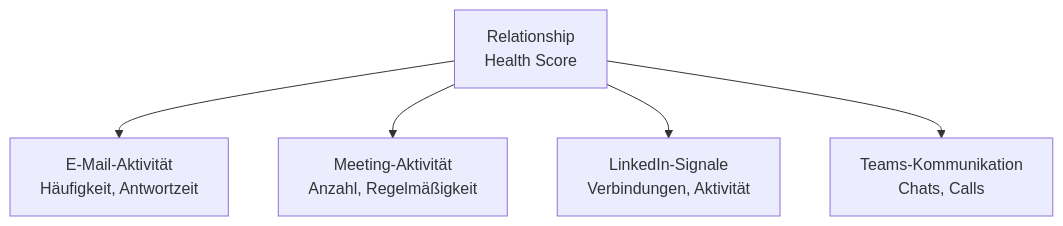
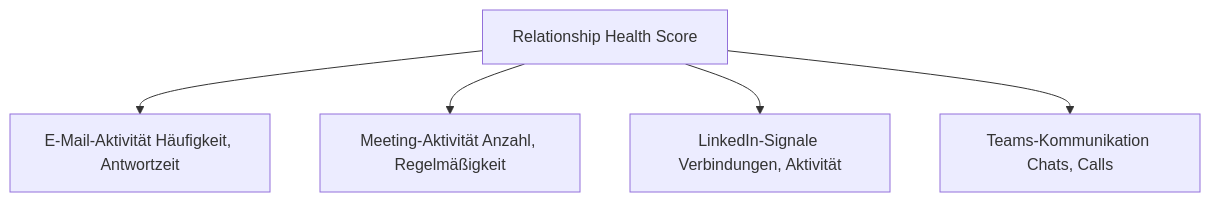
Before and after one commit to SoniiiT/notes-n-docs: the second of 4 diagrams in Microsoft 365/Dynamics 365/Dynamics 365 Sales.md, drawn with Mermaid. The commit also changed other lines of this file and 124 other files, not shown here.

First line of the commit message:
fix: Entferne \n aus allen Mermaid-Diagrammen (125 Dateien)

````diff
--- a/Microsoft 365/Dynamics 365/Dynamics 365 Sales.md
+++ b/Microsoft 365/Dynamics 365/Dynamics 365 Sales.md
@@ -75,7 +75,7 @@
 ```mermaid
 graph TD
-    RS[Relationship\nHealth Score] --> EM[E-Mail-Aktivität\nHäufigkeit, Antwortzeit]
-    RS --> ME[Meeting-Aktivität\nAnzahl, Regelmäßigkeit]
-    RS --> LI[LinkedIn-Signale\nVerbindungen, Aktivität]
-    RS --> TE[Teams-Kommunikation\nChats, Calls]
+    RS[Relationship Health Score] --> EM[E-Mail-Aktivität Häufigkeit, Antwortzeit]
+    RS --> ME[Meeting-Aktivität Anzahl, Regelmäßigkeit]
+    RS --> LI[LinkedIn-Signale Verbindungen, Aktivität]
+    RS --> TE[Teams-Kommunikation Chats, Calls]
 ```
````
